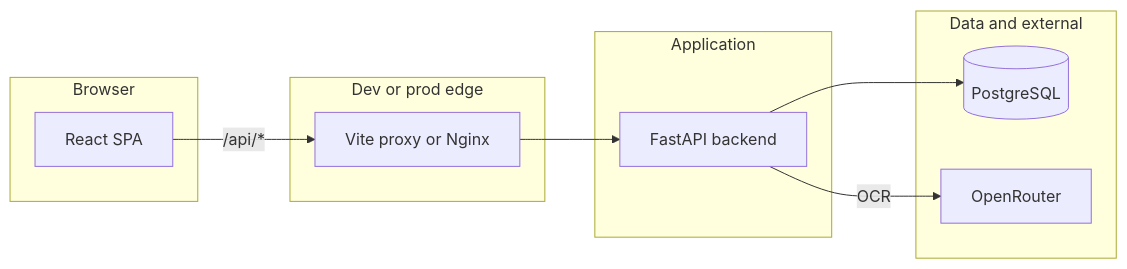
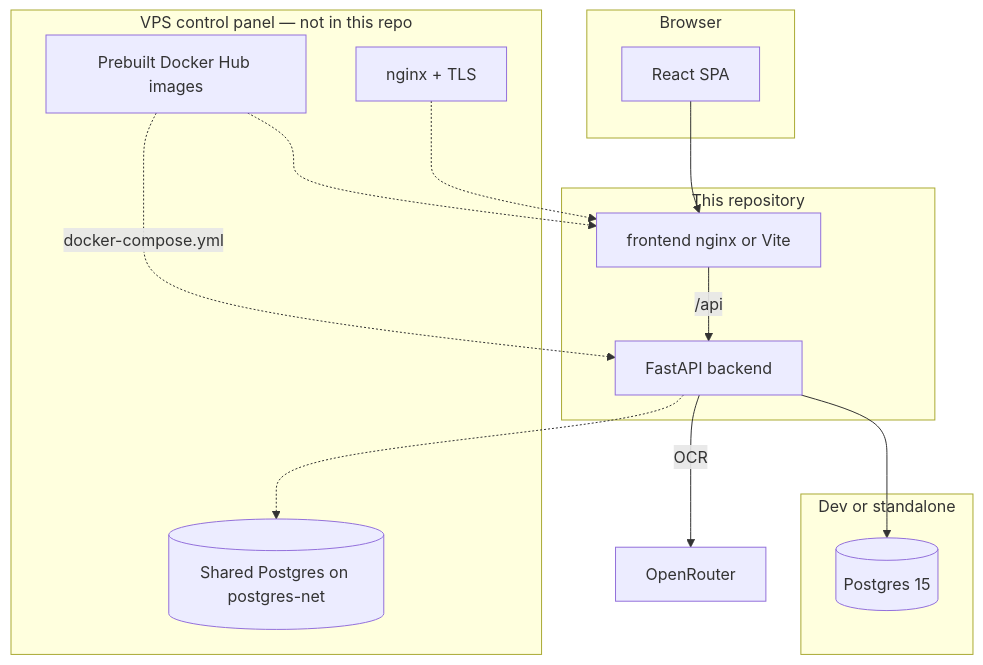
One commit to andrewallkin/spliteasy changed the diagram in README.md. Above: the diagram before and after it, drawn with Mermaid. The commit also changed other lines of this file and 14 other files, not shown here.

````diff
--- a/README.md
+++ b/README.md
@@ -51,20 +30,26 @@
 ```mermaid
-flowchart LR
-  subgraph client [Browser]
+flowchart TB
+  subgraph browser [Browser]
     SPA[React SPA]
   end
-  subgraph edge [Dev or prod edge]
-    Proxy[Vite proxy or Nginx]
+  subgraph app_repo [This repository]
+    FE[frontend nginx or Vite]
+    BE[FastAPI backend]
   end
-  subgraph app [Application]
-    API[FastAPI backend]
+  subgraph bundled [Dev or standalone]
+    PG[(Postgres 15)]
   end
-  subgraph data [Data and external]
-    PG[(PostgreSQL)]
-    OR[OpenRouter]
+  subgraph panel [VPS control panel — not in this repo]
+    NGX[nginx + TLS]
+    IMG[Prebuilt Docker Hub images]
+    EXT_PG[(Shared Postgres on postgres-net)]
   end
-  SPA -->|"/api/*"| Proxy
-  Proxy --> API
-  API --> PG
-  API -->|OCR| OR
+  SPA --> FE
+  FE -->|/api| BE
+  BE --> PG
+  BE -->|OCR| OR[OpenRouter]
+  IMG -.->|docker-compose.yml| BE
+  IMG -.-> FE
+  BE -.-> EXT_PG
+  NGX -.-> FE
 ```
````
